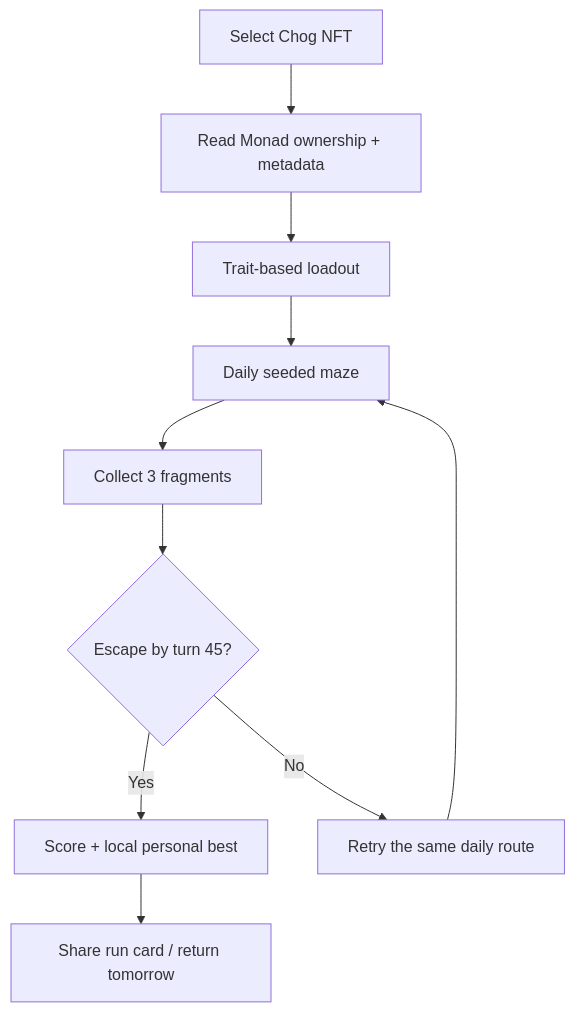
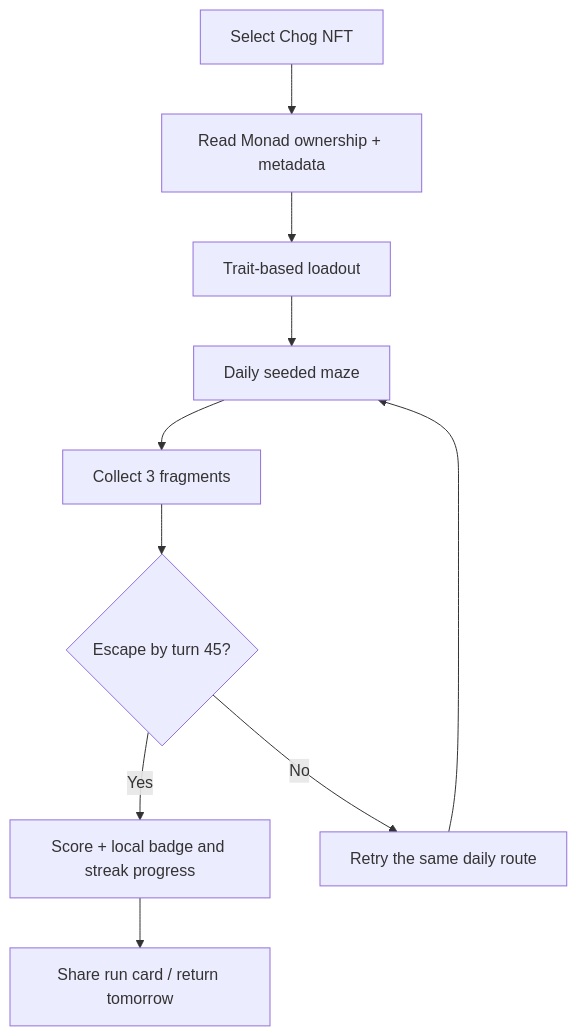
Before and after one commit to 0xNexuz/chog-escape-protocol: the first of 2 diagrams in README.md, drawn with Mermaid. The commit also changed other lines of this file and 12 other files, not shown here.

````diff
--- a/README.md
+++ b/README.md
@@ -55,12 +55,12 @@
 ```mermaid
 flowchart TD
     A["Select Chog NFT"] --> B["Read Monad ownership + metadata"]
     B --> C["Trait-based loadout"]
     C --> D["Daily seeded maze"]
     D --> E["Collect 3 fragments"]
     E --> F{Escape by turn 45?}
-    F -->|Yes| G["Score + local personal best"]
+    F -->|Yes| G["Score + local badge and streak progress"]
     F -->|No| H["Retry the same daily route"]
     G --> I["Share run card / return tomorrow"]
     H --> D
 ```
````
